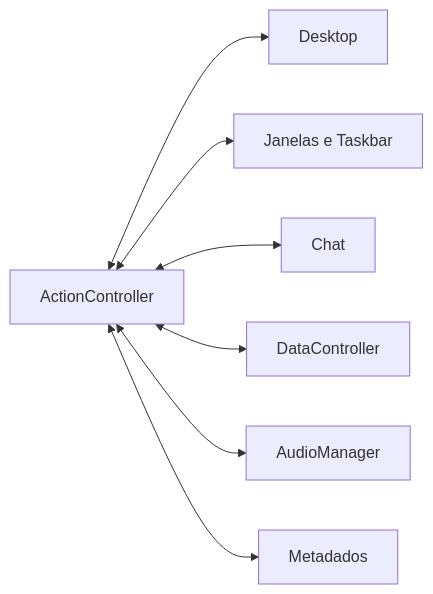
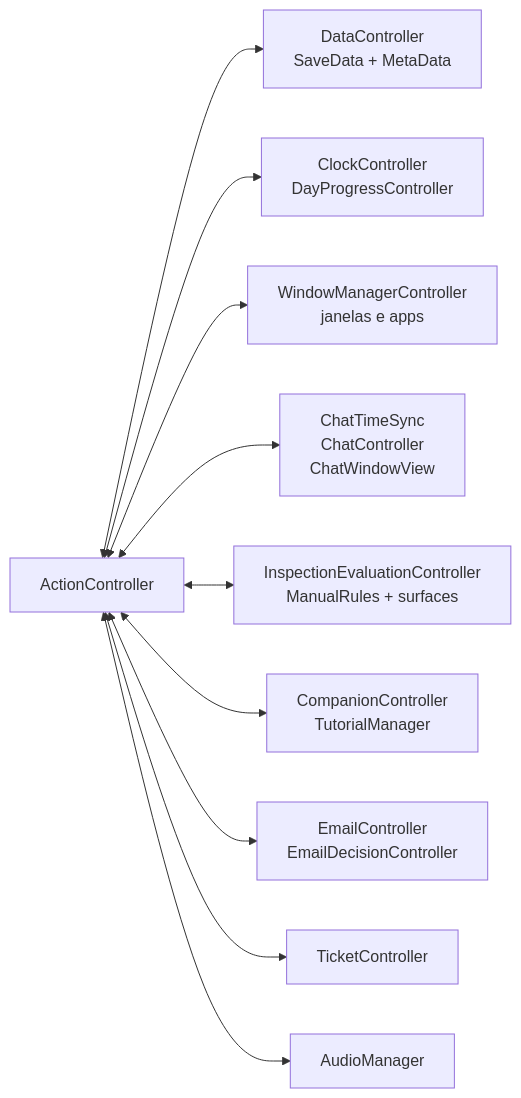
The diagram in Wiki/Arquitetura.md (Sortudo13/RE-SENHA), drawn with Mermaid before and after one commit. The commit also changed other lines of this file and 11 other files, not shown here.

````diff
--- a/Wiki/Arquitetura.md
+++ b/Wiki/Arquitetura.md
@@ -8,16 +9,22 @@
 ```mermaid
 flowchart LR
-  AC[ActionController]
-  Desktop[Desktop]
-  Windows[Janelas e Taskbar]
-  Chat[Chat]
-  Save[DataController]
-  Audio[AudioManager]
-  Meta[Metadados]
-  AC <--> Desktop
-  AC <--> Windows
-  AC <--> Chat
-  AC <--> Save
-  AC <--> Audio
-  AC <--> Meta
+    AC[ActionController]
+    DC[DataController<br/>SaveData + MetaData]
+    Clock[ClockController<br/>DayProgressController]
+    WM[WindowManagerController<br/>janelas e apps]
+    Chat[ChatTimeSync<br/>ChatController<br/>ChatWindowView]
+    Inspect[InspectionEvaluationController<br/>ManualRules + surfaces]
+    Companion[CompanionController<br/>TutorialManager]
+    Email[EmailController<br/>EmailDecisionController]
+    Ticket[TicketController]
+    Audio[AudioManager]
+    AC <--> DC
+    AC <--> Clock
+    AC <--> WM
+    AC <--> Chat
+    AC <--> Inspect
+    AC <--> Companion
+    AC <--> Email
+    AC <--> Ticket
+    AC <--> Audio
 ```
````
